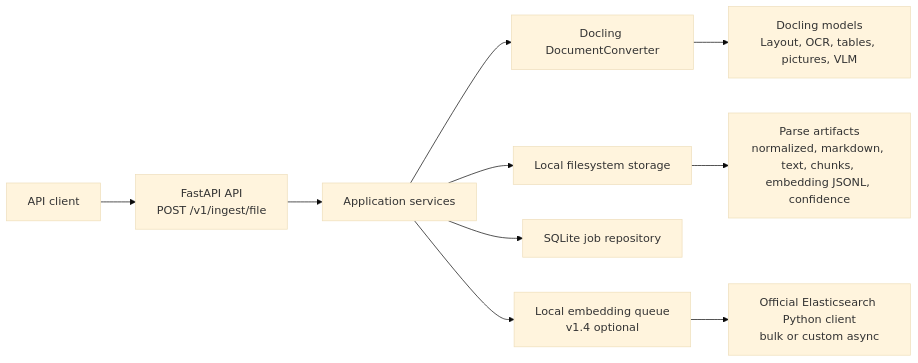
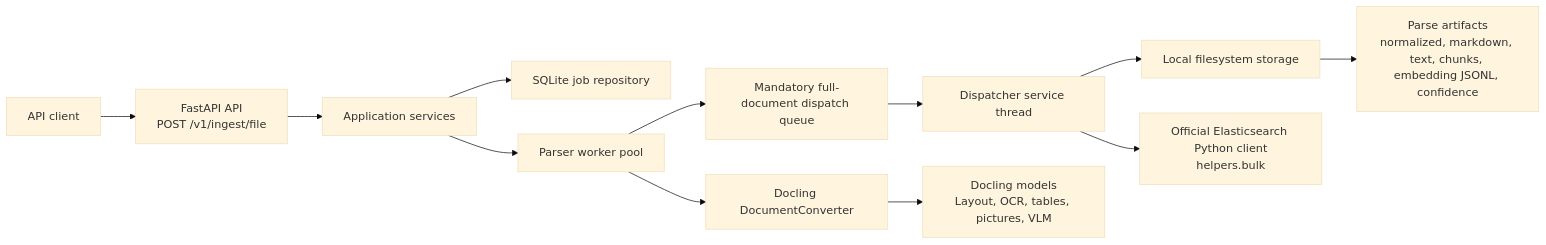
One commit to alrolo3/ingest-orquestator-service changed the first of 7 diagrams in docs/architecture-diagram.md. Above: the diagram before and after it, drawn with Mermaid (base theme). The commit also changed other lines of this file and 41 other files, not shown here.

Commit message:
Implement v1.5 async ingestion dispatch

````diff
--- a/docs/architecture-diagram.md
+++ b/docs/architecture-diagram.md
@@ -7,15 +7,17 @@
 ```mermaid
 flowchart LR
     User["API client"] --> API["FastAPI API<br/>POST /v1/ingest/file"]
 
     API --> App["Application services"]
 
-    App --> Docling["Docling DocumentConverter"]
-    App --> Storage["Local filesystem storage"]
     App --> Jobs["SQLite job repository"]
-    App --> Queue["Local embedding queue<br/>v1.4 optional"]
-    Queue --> Elastic["Official Elasticsearch Python client<br/>bulk or custom async"]
+    App --> ParserWorkers["Parser worker pool"]
+    ParserWorkers --> Docling["Docling DocumentConverter"]
+    ParserWorkers --> Queue["Mandatory full-document dispatch queue"]
+    Queue --> Dispatcher["Dispatcher service thread"]
+    Dispatcher --> Storage["Local filesystem storage"]
+    Dispatcher --> Elastic["Official Elasticsearch Python client<br/>helpers.bulk"]
 
     Docling --> Models["Docling models<br/>Layout, OCR, tables, pictures, VLM"]
     Storage --> Outputs["Parse artifacts<br/>normalized, markdown, text, chunks, embedding JSONL, confidence"]
 ```
````
